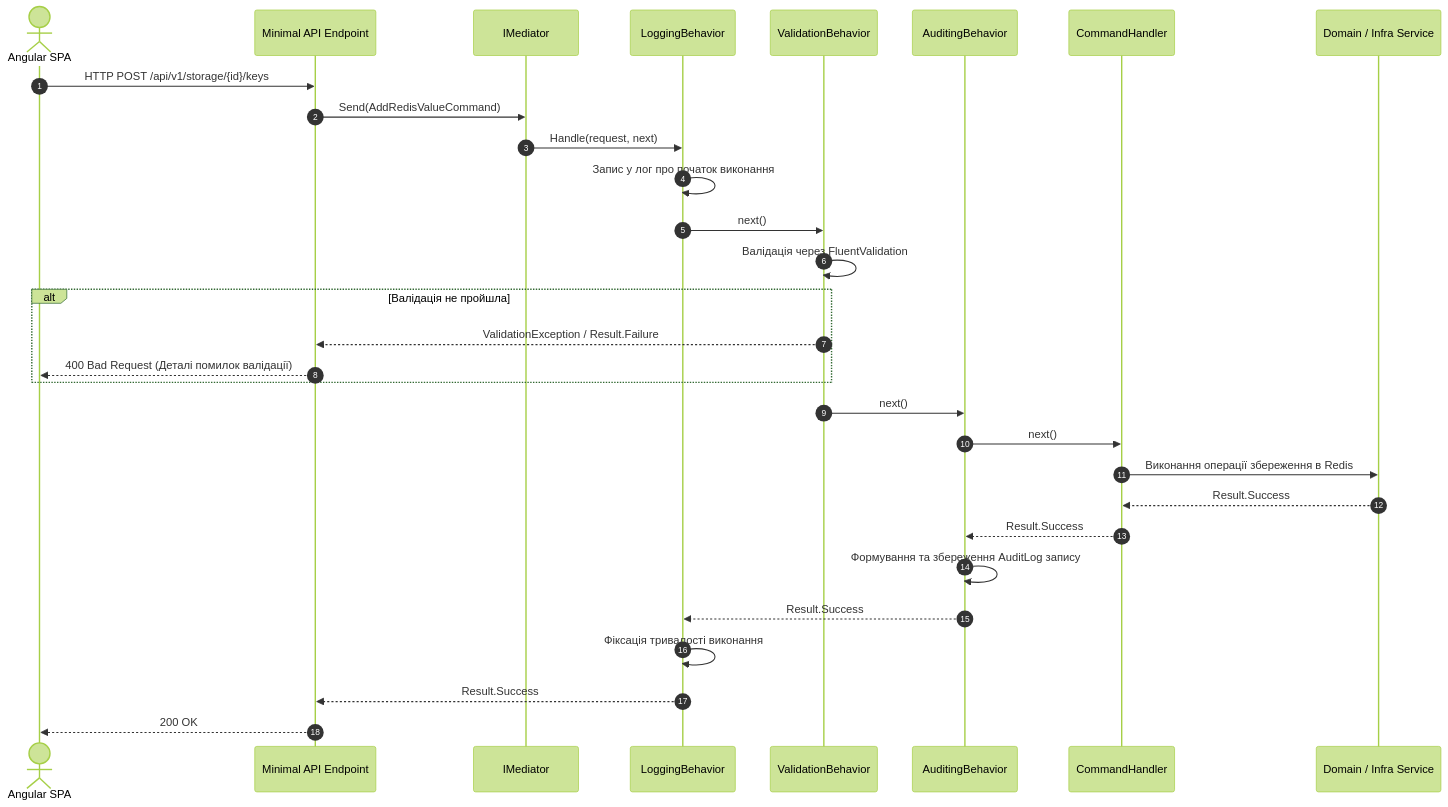
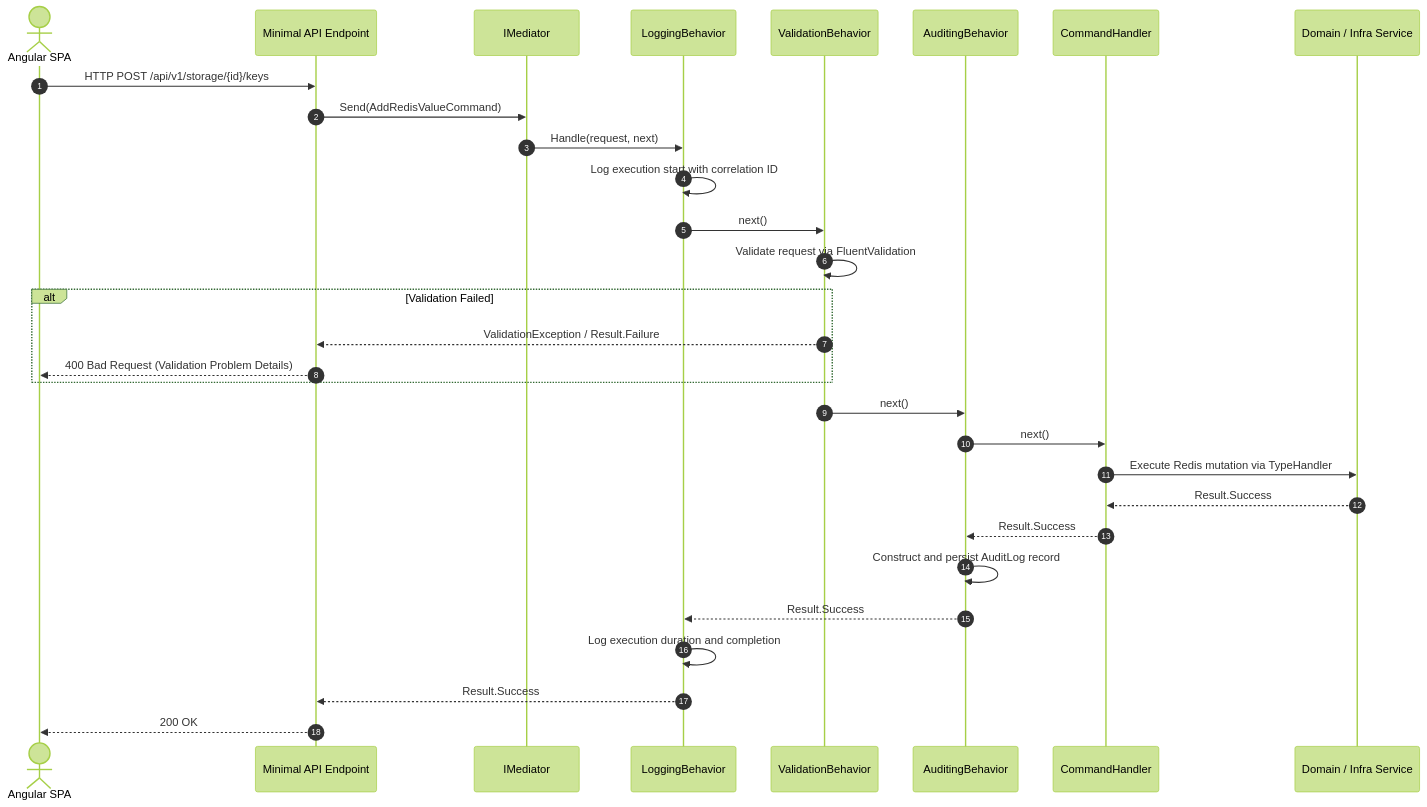
The third of 8 diagrams in docs/diagrams.md (dellik95/redis-gui), drawn with Mermaid (forest theme) before and after one commit. The commit also changed other lines of this file and 30 other files, not shown here.

````diff
--- a/docs/diagrams.md
+++ b/docs/diagrams.md
@@ -121,37 +121,37 @@
 ```mermaid
 sequenceDiagram
     autonumber
     actor Client as Angular SPA
     participant Endpoint as Minimal API Endpoint
     participant MediatR as IMediator
     participant LogPipe as LoggingBehavior
     participant ValPipe as ValidationBehavior
     participant AuditPipe as AuditingBehavior
     participant Handler as CommandHandler
     participant Service as Domain / Infra Service
 
     Client->>Endpoint: HTTP POST /api/v1/storage/{id}/keys
     Endpoint->>MediatR: Send(AddRedisValueCommand)
     
     MediatR->>LogPipe: Handle(request, next)
-    LogPipe->>LogPipe: Запис у лог про початок виконання
+    LogPipe->>LogPipe: Log execution start with correlation ID
 
     LogPipe->>ValPipe: next()
-    ValPipe->>ValPipe: Валідація через FluentValidation
-    alt Валідація не пройшла
+    ValPipe->>ValPipe: Validate request via FluentValidation
+    alt Validation Failed
         ValPipe-->>Endpoint: ValidationException / Result.Failure
-        Endpoint-->>Client: 400 Bad Request (Деталі помилок валідації)
+        Endpoint-->>Client: 400 Bad Request (Validation Problem Details)
     end
 
     ValPipe->>AuditPipe: next()
     AuditPipe->>Handler: next()
-    Handler->>Service: Виконання операції збереження в Redis
+    Handler->>Service: Execute Redis mutation via TypeHandler
     Service-->>Handler: Result.Success
     Handler-->>AuditPipe: Result.Success
 
-    AuditPipe->>AuditPipe: Формування та збереження AuditLog запису
+    AuditPipe->>AuditPipe: Construct and persist AuditLog record
     AuditPipe-->>LogPipe: Result.Success
-    LogPipe->>LogPipe: Фіксація тривалості виконання
+    LogPipe->>LogPipe: Log execution duration and completion
     LogPipe-->>Endpoint: Result.Success
     Endpoint-->>Client: 200 OK
 ```
````
